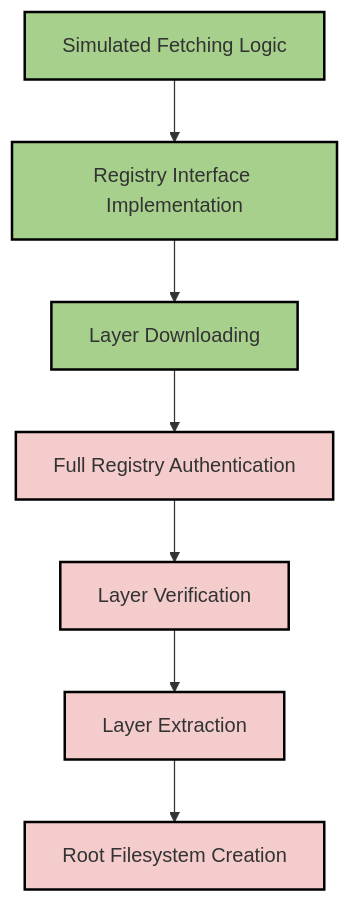
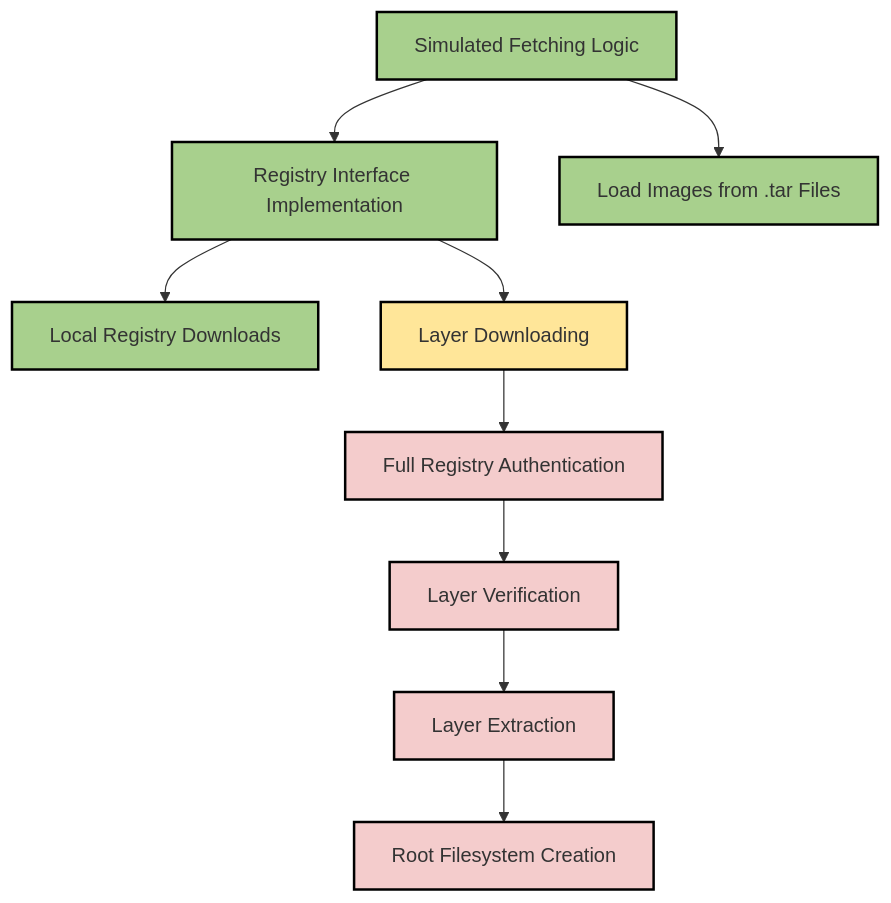
The diagram in adr-003-docker-image-download.md (j143/basic-docker-engine), drawn with Mermaid before and after one commit.

Commit message:
Update ADR-003 implementation diagram to include tar file loading and local registry features (#15)
* Initial plan

* Update ADR-003 implementation diagram to include tar file loading and local registry features

---------

````diff
--- a/adr-003-docker-image-download.md
+++ b/adr-003-docker-image-download.md
@@ -58,14 +58,16 @@
 ```mermaid
 graph TD
     A[Simulated Fetching Logic]:::implemented --> B[Registry Interface Implementation]:::implemented
-    B --> C[Layer Downloading]:::implemented
+    A --> H[Load Images from .tar Files]:::implemented
+    B --> I[Local Registry Downloads]:::implemented
+    B --> C[Layer Downloading]:::inprogress
     C --> D[Full Registry Authentication]:::notstarted
     D --> E[Layer Verification]:::notstarted
     E --> F[Layer Extraction]:::notstarted
     F --> G[Root Filesystem Creation]:::notstarted
 
     %% Styles
     classDef implemented fill:#a8d08d,stroke:#000,stroke-width:2px;
     classDef inprogress fill:#ffe699,stroke:#000,stroke-width:2px;
     classDef notstarted fill:#f4cccc,stroke:#000,stroke-width:2px;
 ```
````
